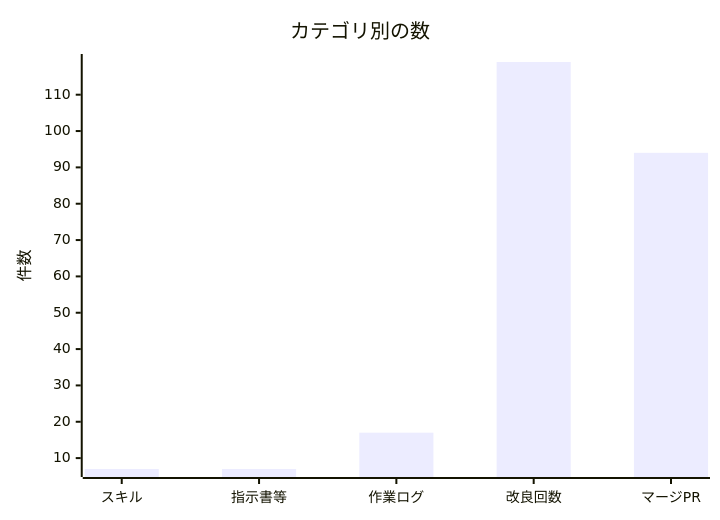
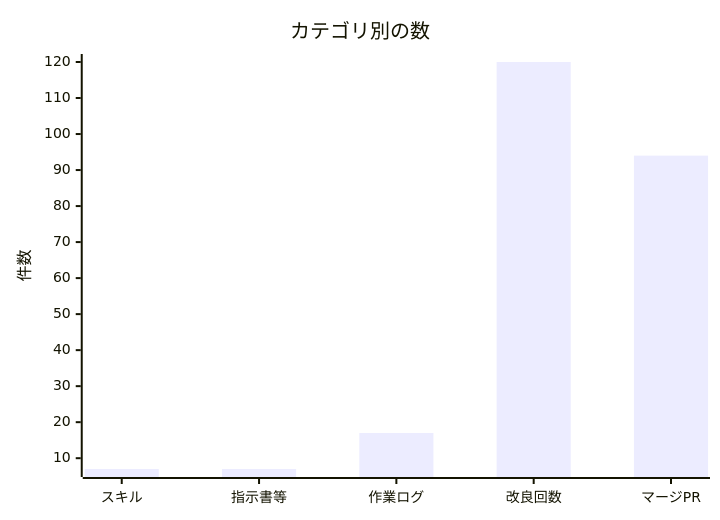
One commit to non-x2/non-x2 changed the second of 2 diagrams in docs/進化レポート.md. Above: the diagram before and after it, drawn with Mermaid. The commit also changed other lines of this file and 3 other files, not shown here.

````diff
--- a/docs/進化レポート.md
+++ b/docs/進化レポート.md
@@ -35,7 +35,7 @@
 ```mermaid
 xychart-beta
     title "カテゴリ別の数"
     x-axis ["スキル", "指示書等", "作業ログ", "改良回数", "マージPR"]
     y-axis "件数"
-    bar [7, 7, 17, 119, 94]
+    bar [7, 7, 17, 120, 94]
 ```
````
